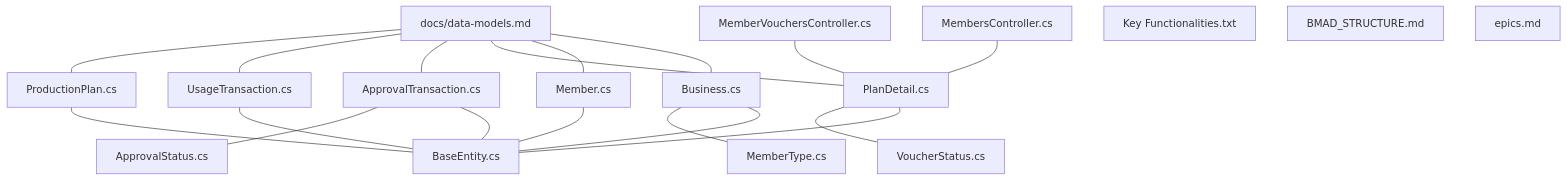
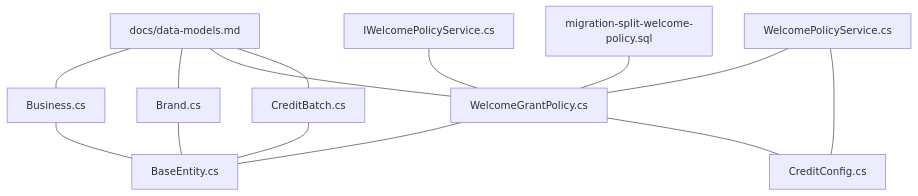
Before and after one commit to lamhongbac/NonCash: the first of 3 diagrams in .qoder/repowiki/en/content/Data Models and Database Design/Core Business Entities.md, drawn with Mermaid. The commit also changed other lines of this file and 28 other files, not shown here.

````diff
--- a/.qoder/repowiki/en/content/Data Models and Database Design/Core Business Entities.md
+++ b/.qoder/repowiki/en/content/Data Models and Database Design/Core Business Entities.md
@@ -69,36 +67,26 @@
 ```mermaid
 graph TB
 DM["docs/data-models.md"]
 BE["Business.cs"]
-ME["Member.cs"]
-PD["PlanDetail.cs"]
-AT["ApprovalTransaction.cs"]
-UT["UsageTransaction.cs"]
-PP["ProductionPlan.cs"]
+BR["Brand.cs"]
+WGP["WelcomeGrantPolicy.cs"]
+CB["CreditBatch.cs"]
+CC["CreditConfig.cs"]
+IWS["IWelcomePolicyService.cs"]
+WPS["WelcomePolicyService.cs"]
+MIG["migration-split-welcome-policy.sql"]
 BASE["BaseEntity.cs"]
-MT["MemberType.cs"]
-VS["VoucherStatus.cs"]
-AS["ApprovalStatus.cs"]
-MC["MembersController.cs"]
-MVC["MemberVouchersController.cs"]
-KF["Key Functionalities.txt"]
-BS["BMAD_STRUCTURE.md"]
-EP["epics.md"]
 DM --- BE
-DM --- ME
-DM --- PD
-DM --- AT
-DM --- UT
-DM --- PP
+DM --- BR
+DM --- WGP
+DM --- CB
 BE --- BASE
-ME --- BASE
-PD --- BASE
-AT --- BASE
-UT --- BASE
-PP --- BASE
-BE --- MT
-PD --- VS
-AT --- AS
-MC --- PD
-MVC --- PD
+BR --- BASE
+WGP --- BASE
+CB --- BASE
+WGP --- CC
+IWS --- WGP
+WPS --- WGP
+WPS --- CC
+MIG --- WGP
 ```
````
